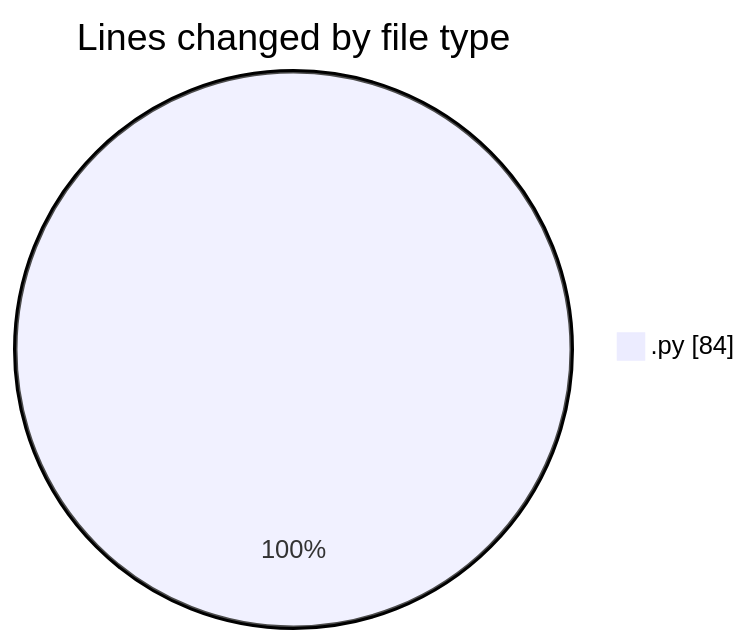
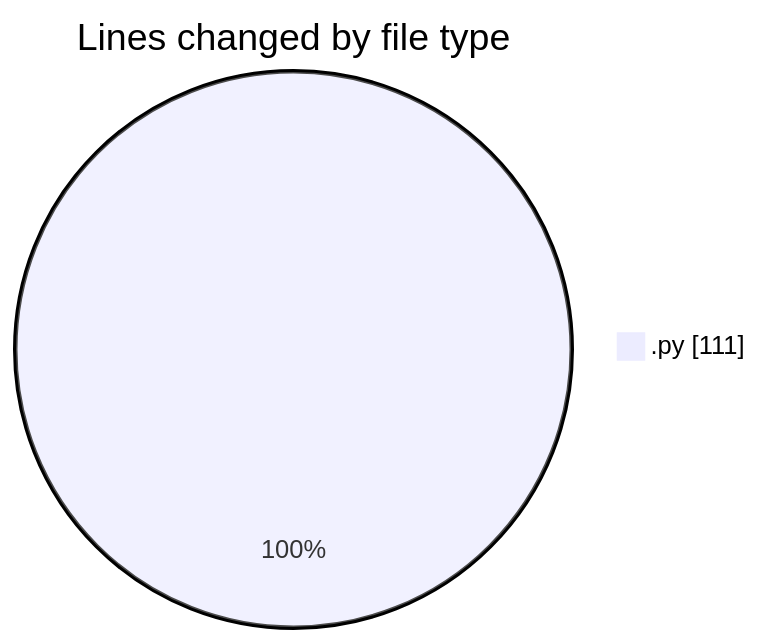
The first of 2 diagrams in 2025-03-12/myws__workspace_/README.md (MatusMokan/code-tracking), drawn with Mermaid before and after one commit. The commit also changed other lines of this file and 1 other file, not shown here.

````diff
--- a/2025-03-12/myws__workspace_/README.md
+++ b/2025-03-12/myws__workspace_/README.md
@@ -20,5 +20,5 @@
 ```mermaid
 pie showData
 title Lines changed by file type
-".py" : 84
+".py" : 111
 ```
````
